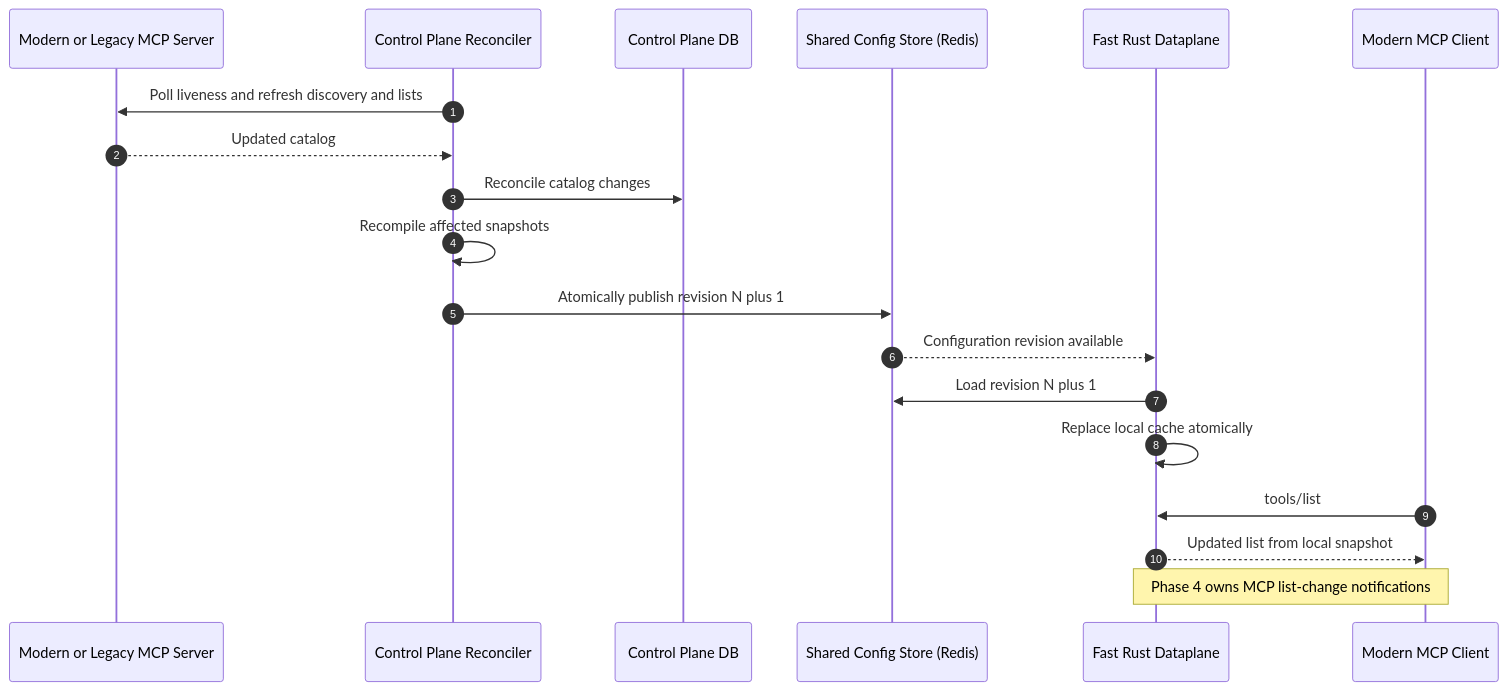
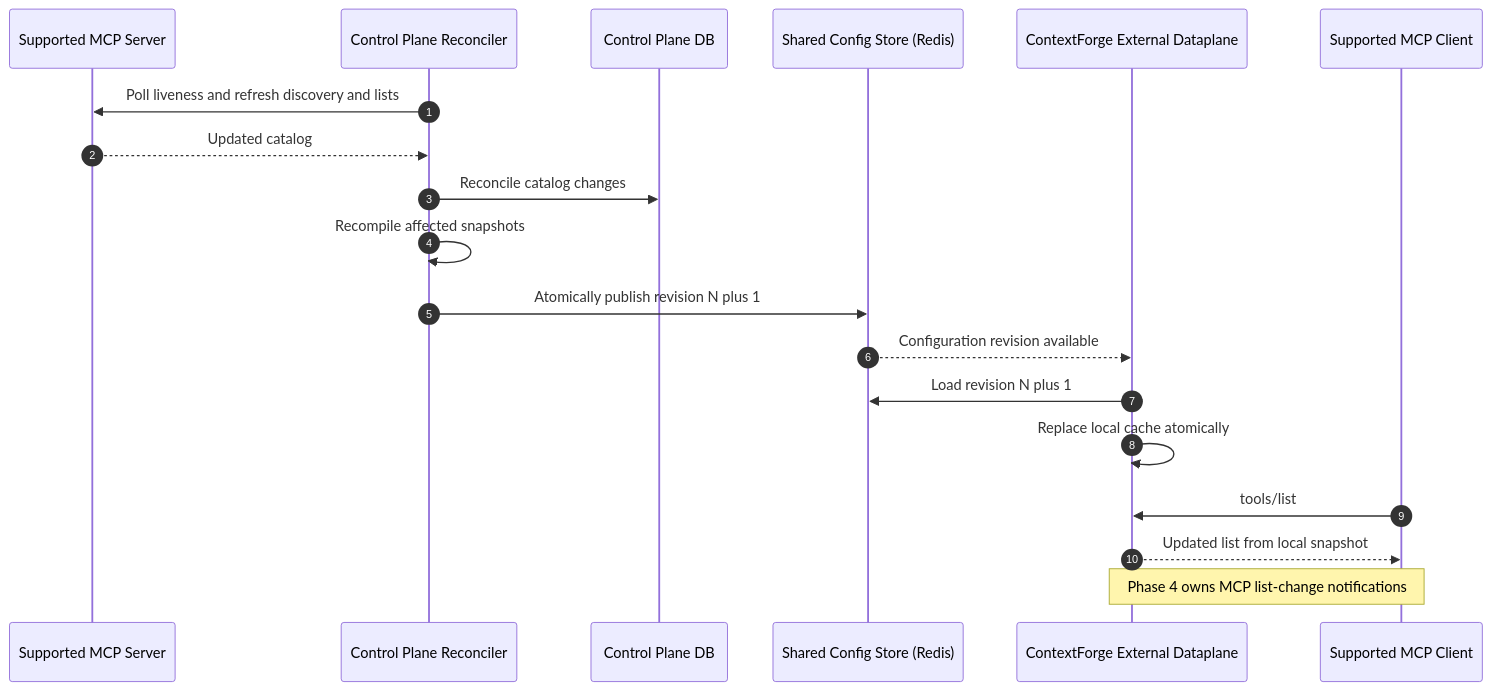
The fifth of 5 diagrams in _context/wiki/mcp-capability-allocation.md (contextforge-gateway-rs/contextforge-gateway-rs), drawn with Mermaid before and after one commit. The commit also changed other lines of this file and 11 other files, not shown here.

````diff
--- a/_context/wiki/mcp-capability-allocation.md
+++ b/_context/wiki/mcp-capability-allocation.md
@@ -312,25 +363,25 @@
 ```mermaid
 sequenceDiagram
     autonumber
-    participant MCP as Modern or Legacy MCP Server
+    participant MCP as Supported MCP Server
     participant CP as Control Plane Reconciler
     participant DB as Control Plane DB
     participant Store as Shared Config Store (Redis)
-    participant DP as Fast Rust Dataplane
-    participant Client as Modern MCP Client
+    participant DP as ContextForge External Dataplane
+    participant Client as Supported MCP Client
 
     CP->>MCP: Poll liveness and refresh discovery and lists
     MCP-->>CP: Updated catalog
     CP->>DB: Reconcile catalog changes
     CP->>CP: Recompile affected snapshots
     CP->>Store: Atomically publish revision N plus 1
 
     Store-->>DP: Configuration revision available
     DP->>Store: Load revision N plus 1
     DP->>DP: Replace local cache atomically
 
     Client->>DP: tools/list
     DP-->>Client: Updated list from local snapshot
 
     Note over DP,Client: Phase 4 owns MCP list-change notifications
 ```
````
